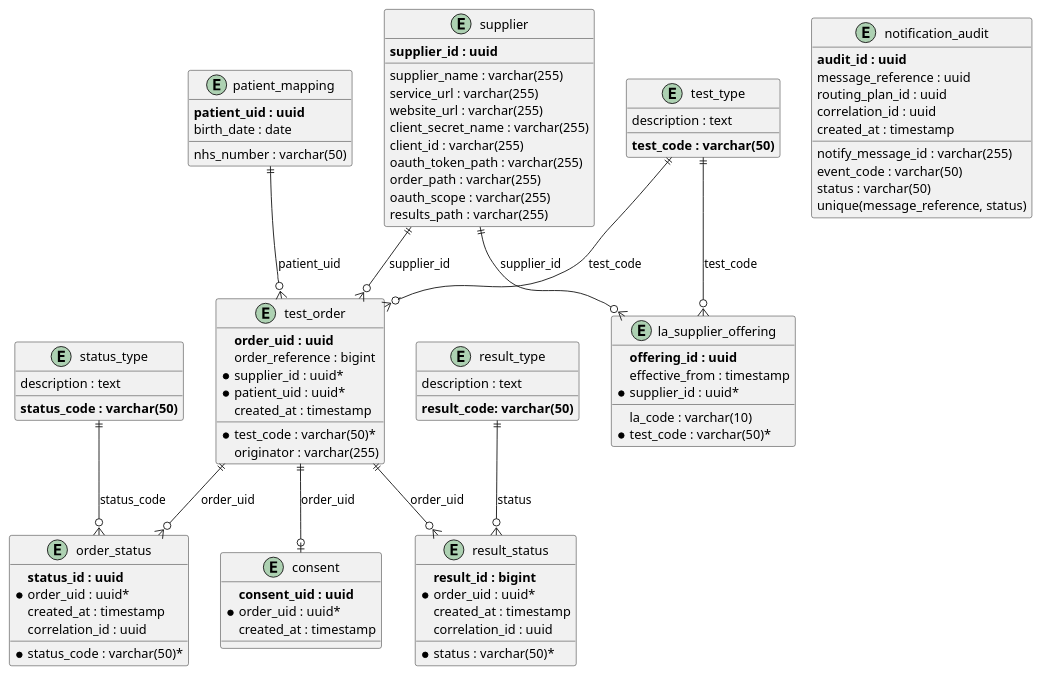
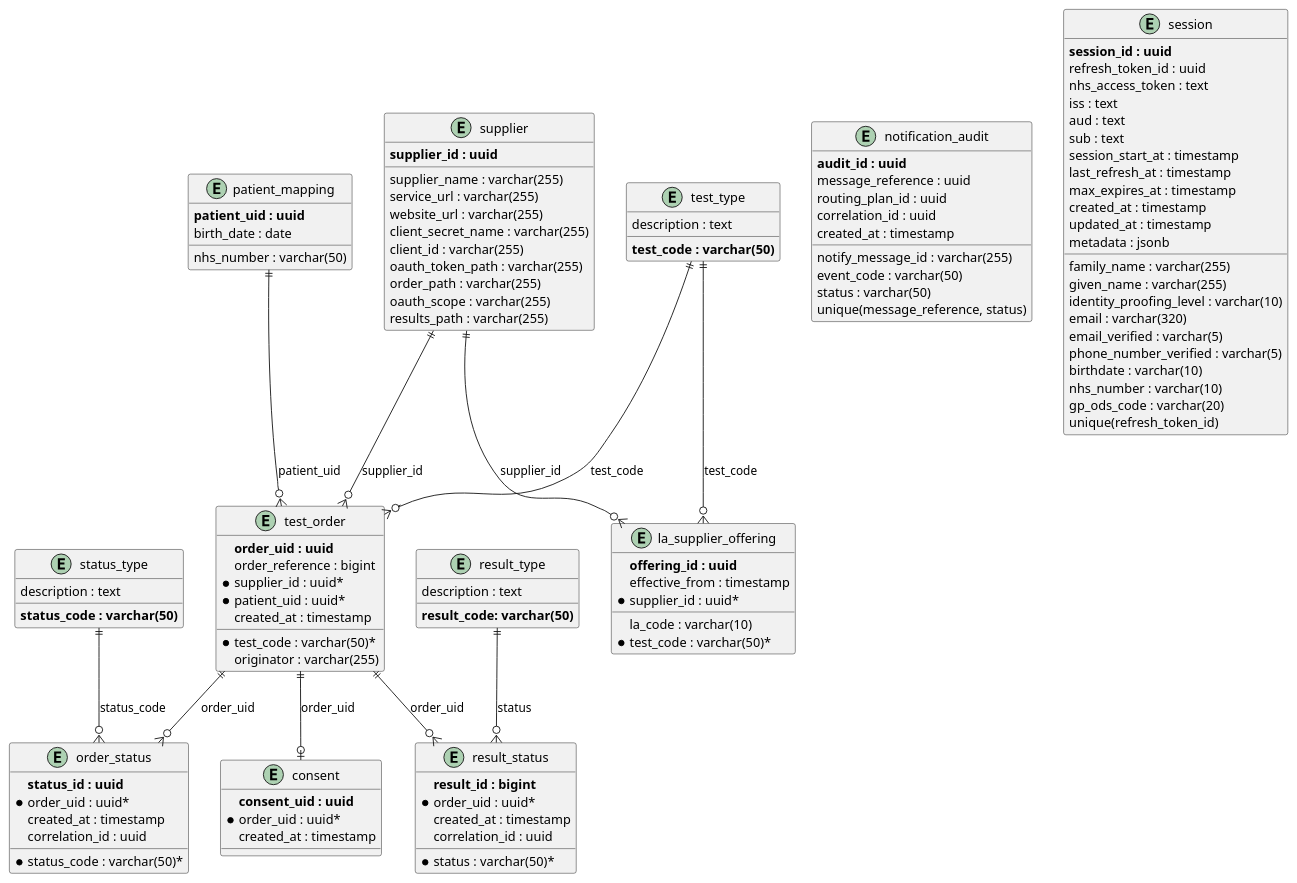
One commit to NHSDigital/hometest-service changed the diagram in database/schema_diagram.puml. Above: the diagram before and after it, drawn with PlantUML. The commit also changed 1 other file, not shown here.

Commit message:
feat: add-session-migration-and-schema

```diff
--- a/database/schema_diagram.puml
+++ b/database/schema_diagram.puml
@@ -1,103 +1,128 @@
 @startuml
 entity "patient_mapping" as patient {
   **patient_uid : uuid**
   nhs_number : varchar(50)
   birth_date : date
 }
 
 entity "test_type" as test {
   **test_code : varchar(50)**
   description : text
 }
 
 entity "supplier" as supplier {
   **supplier_id : uuid**
   supplier_name : varchar(255)
   service_url : varchar(255)
   website_url : varchar(255)
   client_secret_name : varchar(255)
   client_id : varchar(255)
   oauth_token_path : varchar(255)
   order_path : varchar(255)
   oauth_scope : varchar(255)
   results_path : varchar(255)
 }
 
 entity "la_supplier_offering" as offering {
   **offering_id : uuid**
   la_code : varchar(10)
   effective_from : timestamp
   *supplier_id : uuid*
   *test_code : varchar(50)*
 }
 
 entity "test_order" as orders {
   **order_uid : uuid**
   order_reference : bigint
   *supplier_id : uuid*
   *patient_uid : uuid*
   *test_code : varchar(50)*
   originator : varchar(255)
   created_at : timestamp
 }
 
 entity "status_type" as status_type {
   **status_code : varchar(50)**
   description : text
 }
 
 entity "order_status" as order_status {
   **status_id : uuid**
   *order_uid : uuid*
   *status_code : varchar(50)*
   created_at : timestamp
   correlation_id : uuid
 }
 
 entity "result_type" as result_type {
   **result_code: varchar(50)**
   description : text
 }
 
 entity "result_status" as result_status {
   **result_id : bigint**
   *order_uid : uuid*
   *status : varchar(50)*
   created_at : timestamp
   correlation_id : uuid
 }
 
 entity "consent" as consent {
   **consent_uid : uuid**
   *order_uid : uuid*
   created_at : timestamp
 }
 
 entity "notification_audit" as notification_audit {
   **audit_id : uuid**
   message_reference : uuid
   notify_message_id : varchar(255)
   event_code : varchar(50)
   routing_plan_id : uuid
   correlation_id : uuid
   status : varchar(50)
   created_at : timestamp
   unique(message_reference, status)
 }
 
+entity "session" as session {
+  **session_id : uuid**
+  refresh_token_id : uuid
+  nhs_access_token : text
+  iss : text
+  aud : text
+  sub : text
+  family_name : varchar(255)
+  given_name : varchar(255)
+  identity_proofing_level : varchar(10)
+  email : varchar(320)
+  email_verified : varchar(5)
+  phone_number_verified : varchar(5)
+  birthdate : varchar(10)
+  nhs_number : varchar(10)
+  gp_ods_code : varchar(20)
+  session_start_at : timestamp
+  last_refresh_at : timestamp
+  max_expires_at : timestamp
+  created_at : timestamp
+  updated_at : timestamp
+  metadata : jsonb
+  unique(refresh_token_id)
+}
+
 ' Relationships
 patient ||--o{ orders : "patient_uid"
 supplier ||--o{ orders : "supplier_id"
 test ||--o{ orders : "test_code"
 
 supplier ||--o{ offering : "supplier_id"
 test ||--o{ offering : "test_code"
 
 orders ||--o{ order_status : "order_uid"
 orders ||--o{ result_status : "order_uid"
 orders ||--o| consent : "order_uid"
 
 status_type ||--o{ order_status : "status_code"
 result_type ||--o{ result_status : "status"
 
 @enduml
```
